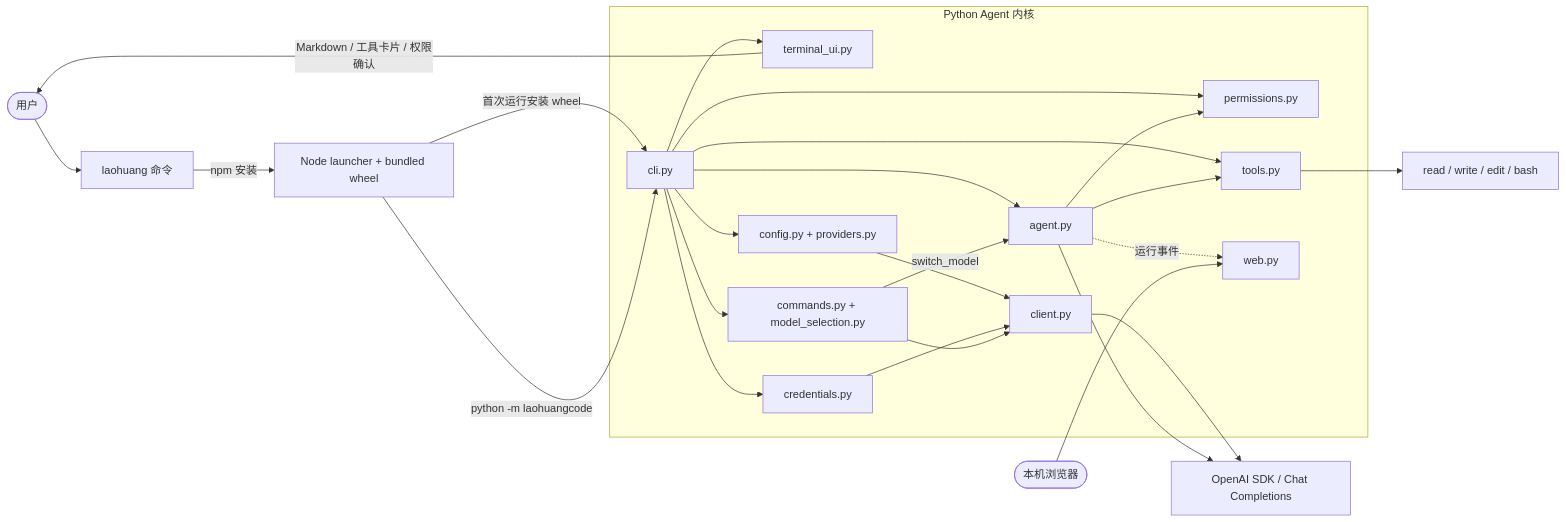
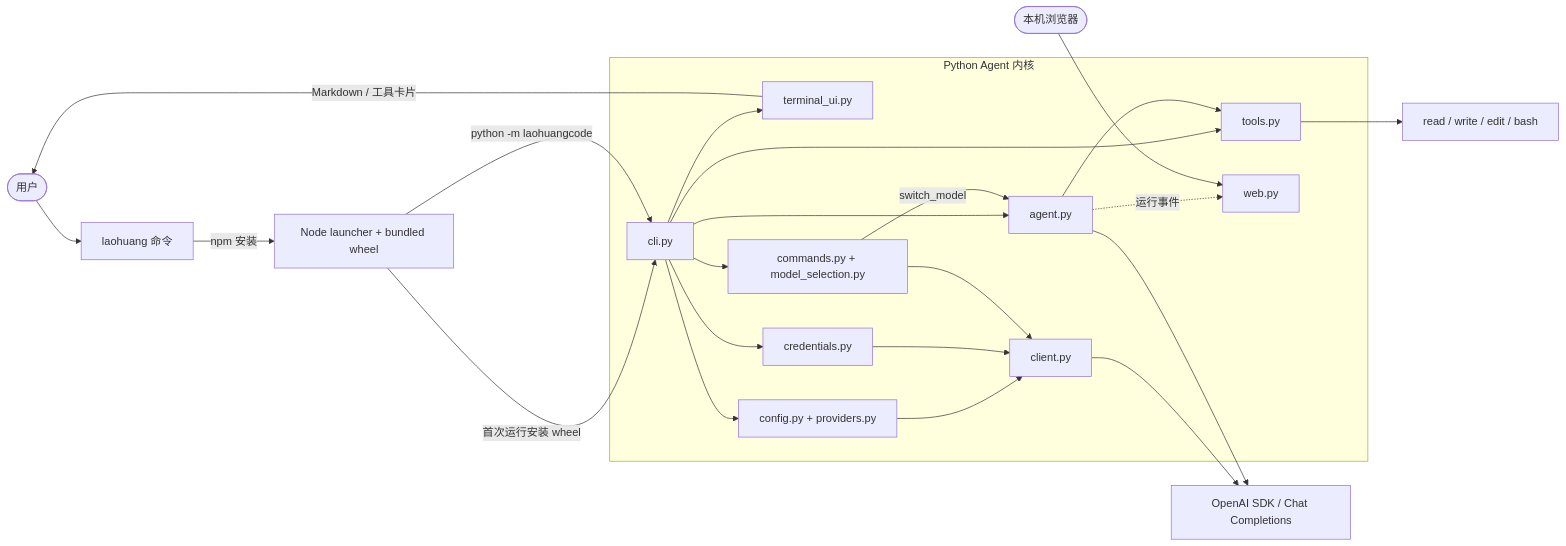
One commit to hxr223/laoHuangCode changed the first of 2 diagrams in docs/architecture.md. Above: the diagram before and after it, drawn with Mermaid. The commit also changed other lines of this file and 15 other files, not shown here.

````diff
--- a/docs/architecture.md
+++ b/docs/architecture.md
@@ -52,30 +51,28 @@
 ```mermaid
 flowchart LR
     User([用户]) --> Entry["laohuang 命令"]
     Entry -->|npm 安装| Launcher["Node launcher + bundled wheel"]
     Launcher -->|首次运行安装 wheel| CLI["cli.py"]
     Launcher -->|python -m laohuangcode| CLI
 
     subgraph Core["Python Agent 内核"]
         CLI --> TUI["terminal_ui.py"]
         CLI --> Profiles["config.py + providers.py"]
         CLI --> Secrets["credentials.py"]
         CLI --> Commands["commands.py + model_selection.py"]
         Profiles --> Client["client.py"]
         Secrets --> Client
         Commands --> Client
         CLI --> Agent["agent.py"]
         Commands -->|switch_model| Agent
-        CLI --> Gate["permissions.py"]
         CLI --> Registry["tools.py"]
-        Agent --> Gate
         Agent --> Registry
         Agent -.运行事件.-> Web["web.py"]
     end
 
-    TUI -->|Markdown / 工具卡片 / 权限确认| User
+    TUI -->|Markdown / 工具卡片| User
     Client --> SDK["OpenAI SDK / Chat Completions"]
     Agent --> SDK
     Registry --> Tools["read / write / edit / bash"]
     Browser([本机浏览器]) --> Web
 ```
````
